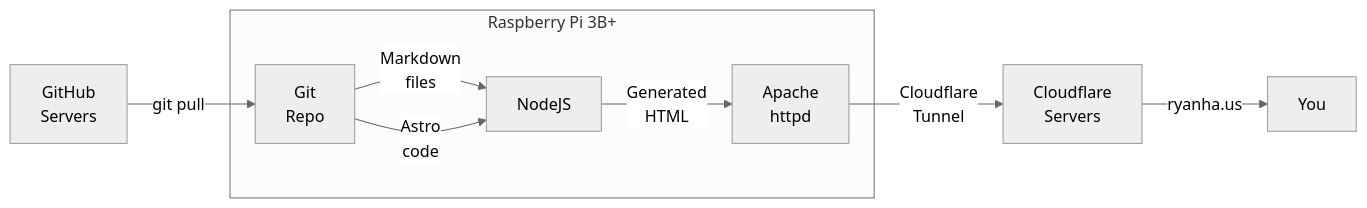
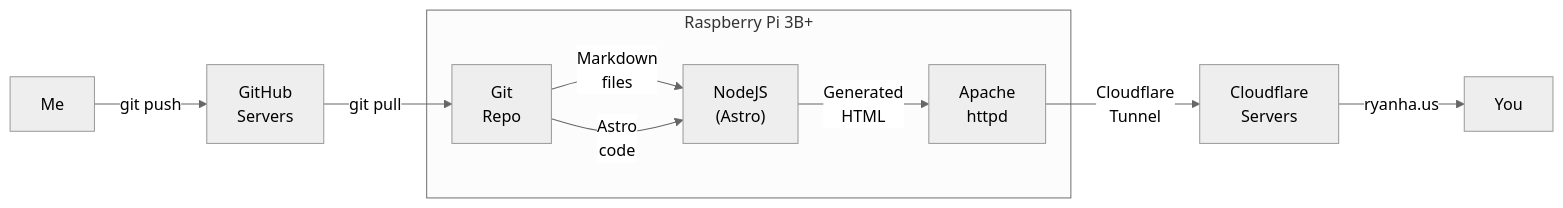
The third of 3 diagrams in src/content/projects/my-website.md (ryanhaus/my-website), drawn with Mermaid before and after one commit. The commit also changed other lines of this file, not shown here.

````diff
--- a/src/content/projects/my-website.md
+++ b/src/content/projects/my-website.md
@@ -61,23 +93,26 @@
 ```mermaid
 ---
 config:
     theme: 'neutral'
 ---
 flowchart LR
+    me[Me]
+
     github[GitHub\nServers]
 
     subgraph pi[Raspberry Pi 3B+]
         git[Git\nRepo]
-        node[NodeJS]
+        node["NodeJS\n(Astro)"]
         httpd[Apache\nhttpd]
     end
 
     cloudflare[Cloudflare\nServers]
     you[You]
 
+    me --git push--> github
     github --git pull--> git
     git --Markdown\nfiles--> node
     git --Astro\ncode--> node
     node --Generated\nHTML--> httpd
     httpd --Cloudflare\nTunnel--> cloudflare --ryanha.us--> you
 ```
````
